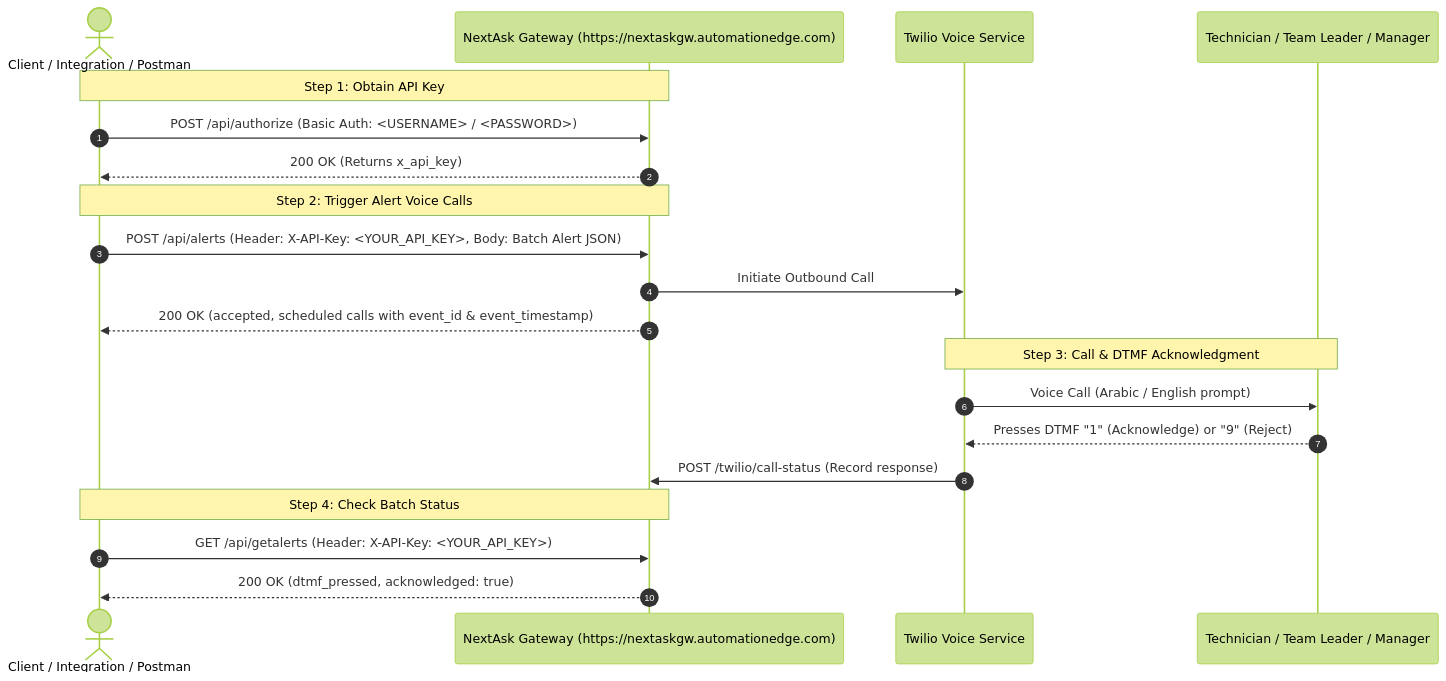
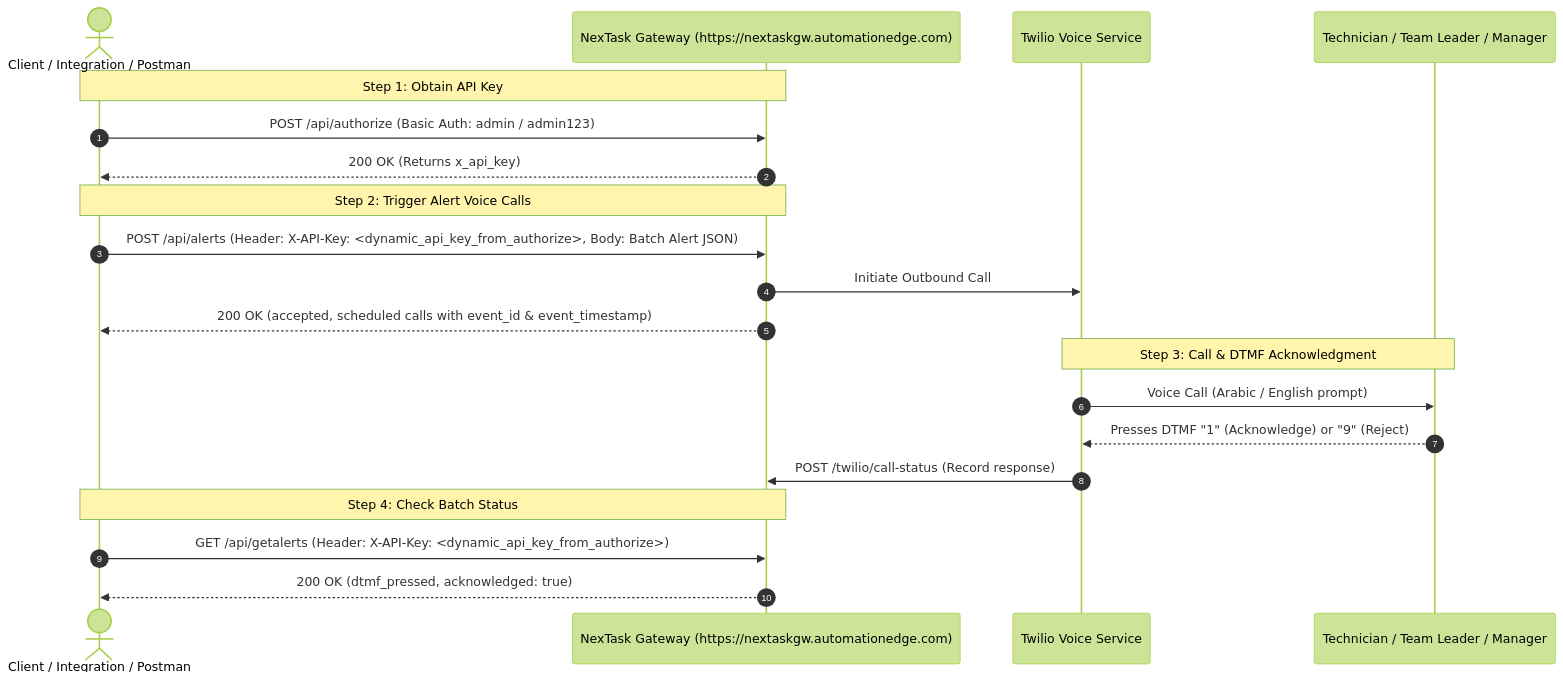
The diagram in API_DOCUMENTATION.md (abhishekmalwadkar-png/Voice-calling-POC-main), drawn with Mermaid (forest theme) before and after one commit. The commit also changed other lines of this file and 12 other files, not shown here.

Commit message:
feat(api): implement /api/alerts push and update endpoints with complete documentation

````diff
--- a/API_DOCUMENTATION.md
+++ b/API_DOCUMENTATION.md
@@ -24,26 +24,26 @@
 ```mermaid
 sequenceDiagram
     autonumber
     actor Client as Client / Integration / Postman
-    participant Gateway as NextAsk Gateway (https://nextaskgw.automationedge.com)
+    participant Gateway as NexTask Gateway (https://nextaskgw.automationedge.com)
     participant Twilio as Twilio Voice Service
     participant Engineer as Technician / Team Leader / Manager
 
     Note over Client,Gateway: Step 1: Obtain API Key
-    Client->>Gateway: POST /api/authorize (Basic Auth: <USERNAME> / <PASSWORD>)
+    Client->>Gateway: POST /api/authorize (Basic Auth: admin / admin123)
     Gateway-->>Client: 200 OK (Returns x_api_key)
 
     Note over Client,Gateway: Step 2: Trigger Alert Voice Calls
-    Client->>Gateway: POST /api/alerts (Header: X-API-Key: <YOUR_API_KEY>, Body: Batch Alert JSON)
+    Client->>Gateway: POST /api/alerts (Header: X-API-Key: <dynamic_api_key_from_authorize>, Body: Batch Alert JSON)
     Gateway->>Twilio: Initiate Outbound Call
     Gateway-->>Client: 200 OK (accepted, scheduled calls with event_id & event_timestamp)
 
     Note over Twilio,Engineer: Step 3: Call & DTMF Acknowledgment
     Twilio->>Engineer: Voice Call (Arabic / English prompt)
     Engineer-->>Twilio: Presses DTMF "1" (Acknowledge) or "9" (Reject)
     Twilio->>Gateway: POST /twilio/call-status (Record response)
 
     Note over Client,Gateway: Step 4: Check Batch Status
-    Client->>Gateway: GET /api/getalerts (Header: X-API-Key: <YOUR_API_KEY>)
+    Client->>Gateway: GET /api/getalerts (Header: X-API-Key: <dynamic_api_key_from_authorize>)
     Gateway-->>Client: 200 OK (dtmf_pressed, acknowledged: true)
 ```
````
